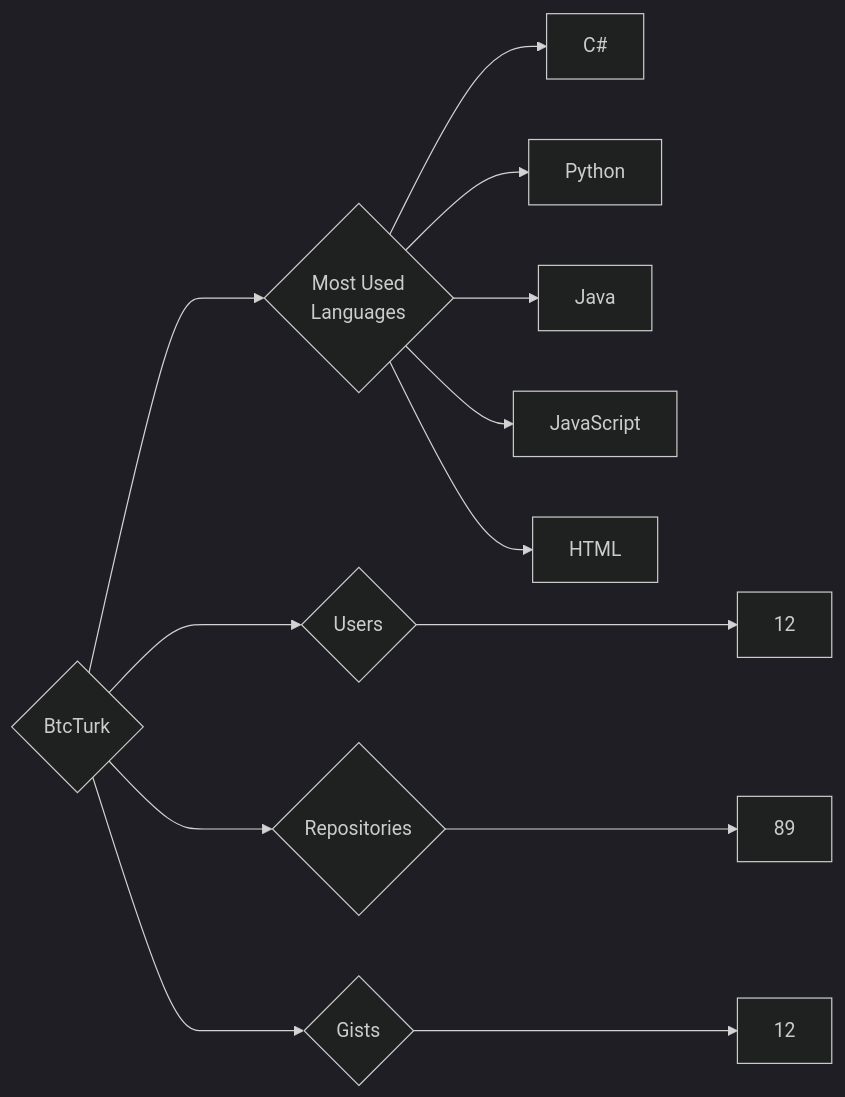
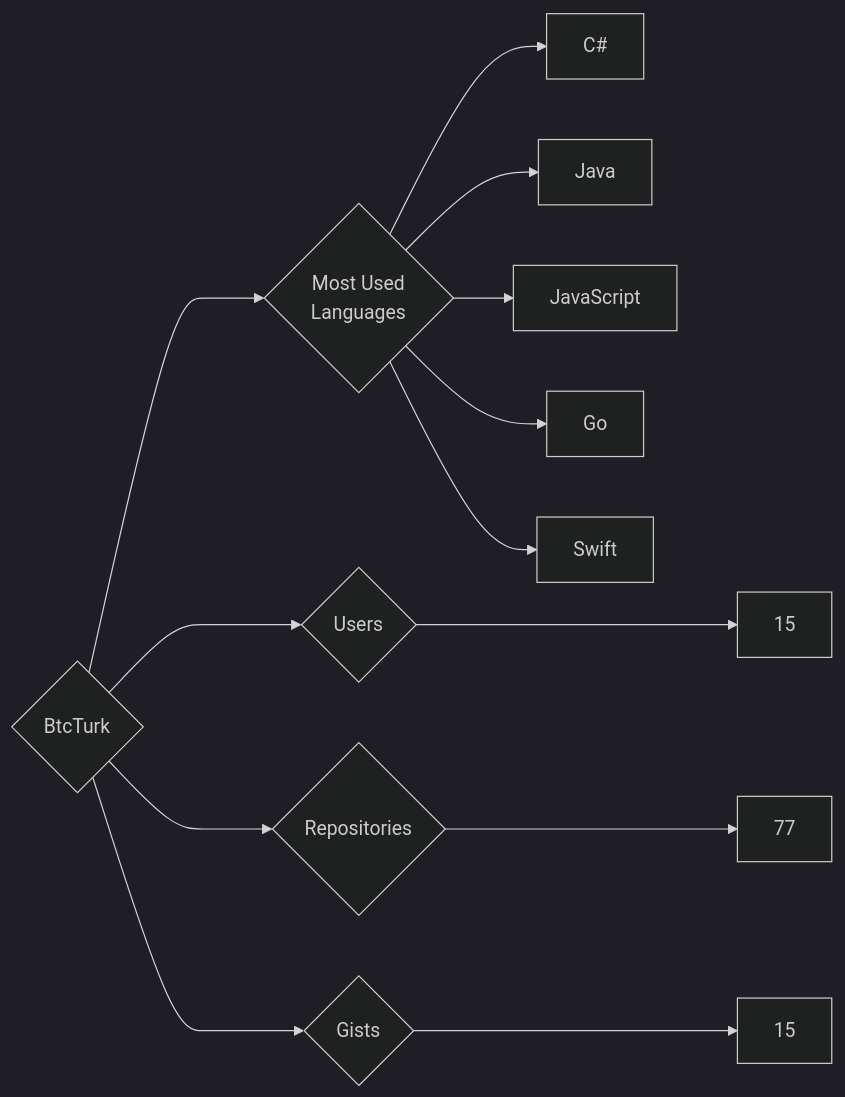
Before and after one commit to trickest/insiders: the diagram in targets/BtcTurk/README.md, drawn with Mermaid (dark theme). The commit also changed 777 other files, not shown here.

````diff
--- a/targets/BtcTurk/README.md
+++ b/targets/BtcTurk/README.md
@@ -3,13 +3,13 @@
 ```mermaid
 graph LR
 COMPANY_NAME{BtcTurk}
-COMPANY_NAME ---> U{Users} ---> UN[12]
-COMPANY_NAME ---> R{Repositories} ---> RN[89]
-COMPANY_NAME ---> G{Gists} ---> GN[12]
+COMPANY_NAME ---> U{Users} ---> UN[15]
+COMPANY_NAME ---> R{Repositories} ---> RN[77]
+COMPANY_NAME ---> G{Gists} ---> GN[15]
 COMPANY_NAME ---> ML{Most Used<br>Languages}
 ML --> C#[C#]
-ML --> Python[Python]
 ML --> Java[Java]
 ML --> JavaScript[JavaScript]
-ML --> HTML[HTML]
+ML --> Go[Go]
+ML --> Swift[Swift]
 ```
````
